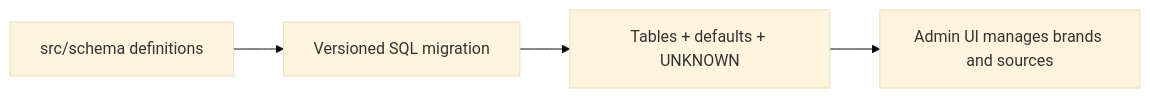
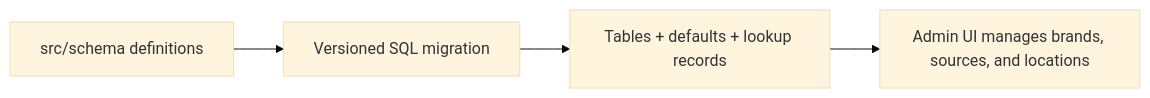
One commit to fneidel/cupboard changed the second of 2 diagrams in docs/DOCUMENTATION.md. Above: the diagram before and after it, drawn with Mermaid (base theme). The commit also changed other lines of this file and 13 other files, not shown here.

````diff
--- a/docs/DOCUMENTATION.md
+++ b/docs/DOCUMENTATION.md
@@ -67,6 +74,6 @@
 ```mermaid
 flowchart LR
     Schema[src/schema definitions] --> Migration[Versioned SQL migration]
-    Migration --> Database[Tables + defaults + UNKNOWN]
-    Database --> Admin[Admin UI manages brands and sources]
+    Migration --> Database[Tables + defaults + lookup records]
+    Database --> Admin[Admin UI manages brands, sources, and locations]
 ```
````
